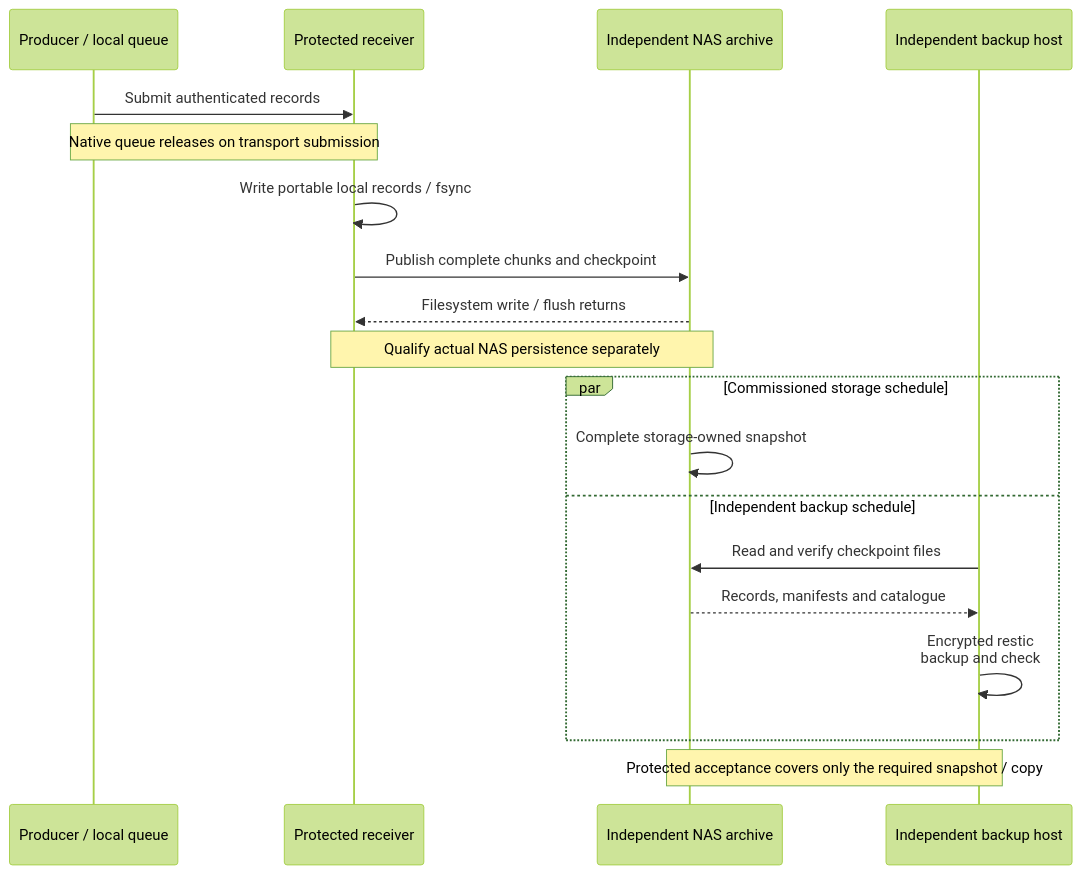
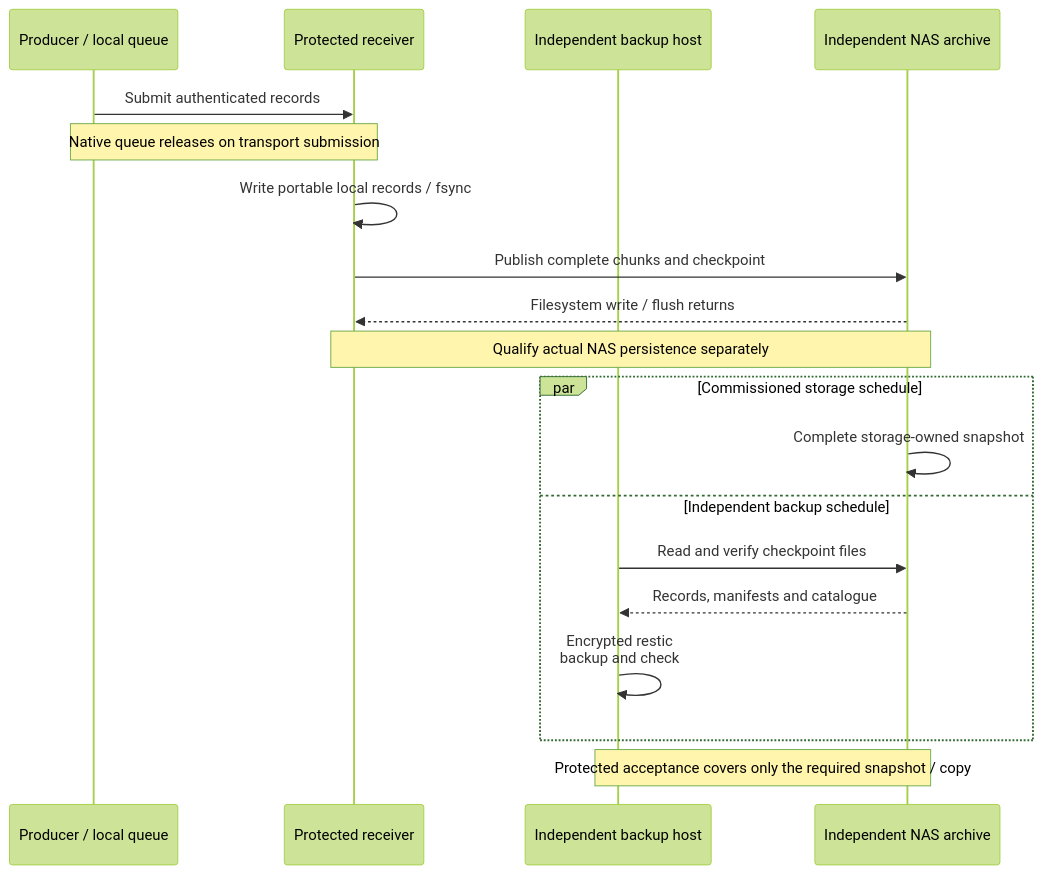
One commit to Rexus/homelab changed the second of 2 diagrams in docs/01-architecture/11-operations/01-protected-logging.md. Above: the diagram before and after it, drawn with Mermaid (forest theme). The commit also changed other lines of this file and 108 other files, not shown here.

Commit message:
docs(diagrams): unify visual language and opening views

````diff
--- a/docs/01-architecture/11-operations/01-protected-logging.md
+++ b/docs/01-architecture/11-operations/01-protected-logging.md
@@ -148,21 +152,21 @@
 ```mermaid
 sequenceDiagram
   participant Producer as Producer / local queue
   participant Receiver as Protected receiver
+  participant Recovery as Independent backup host
   participant NAS as Independent NAS archive
-  participant Recovery as Independent backup host
   Producer->>Receiver: Submit authenticated records
   Note over Producer,Receiver: Native queue releases on transport submission
   Receiver->>Receiver: Write portable local records / fsync
   Receiver->>NAS: Publish complete chunks and checkpoint
   NAS-->>Receiver: Filesystem write / flush returns
   Note over Receiver,NAS: Qualify actual NAS persistence separately
   par Commissioned storage schedule
     NAS->>NAS: Complete storage-owned snapshot
   and Independent backup schedule
     Recovery->>NAS: Read and verify checkpoint files
     NAS-->>Recovery: Records, manifests and catalogue
     Recovery->>Recovery: Encrypted restic<br/>backup and check
   end
   Note over NAS,Recovery: Protected acceptance covers only the required snapshot / copy
 ```
````
